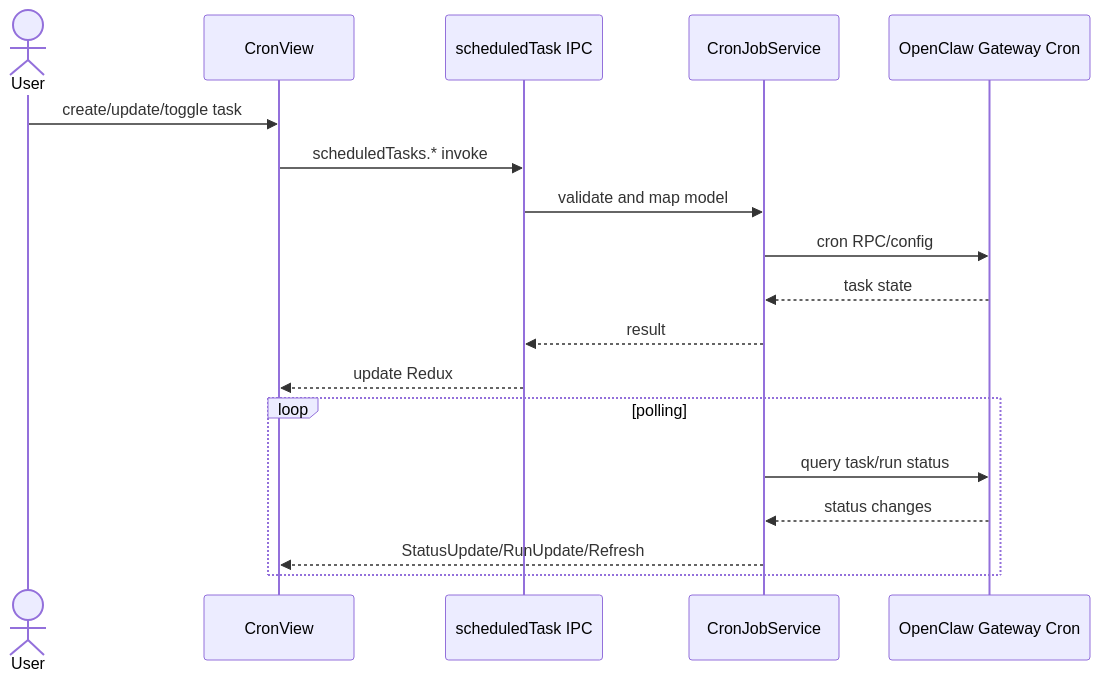
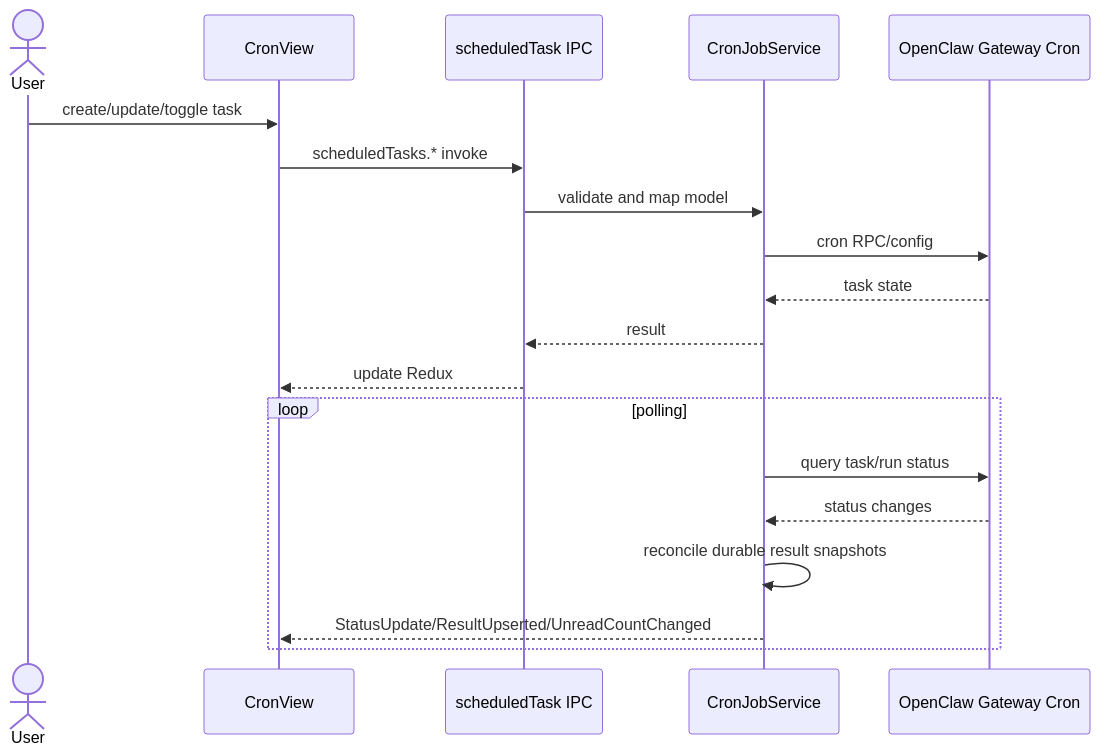
Before and after one commit to liangxhao/JustDo: the first of 3 diagrams in docs/architecture/08-scheduled-tasks.md, drawn with Mermaid. The commit also changed other lines of this file and 45 other files, not shown here.

````diff
--- a/docs/architecture/08-scheduled-tasks.md
+++ b/docs/architecture/08-scheduled-tasks.md
@@ -37,21 +46,22 @@
 ```mermaid
 sequenceDiagram
   actor User
   participant UI as CronView
   participant IPC as scheduledTask IPC
   participant Service as CronJobService
   participant GW as OpenClaw Gateway Cron
 
   User->>UI: create/update/toggle task
   UI->>IPC: scheduledTasks.* invoke
   IPC->>Service: validate and map model
   Service->>GW: cron RPC/config
   GW-->>Service: task state
   Service-->>IPC: result
   IPC-->>UI: update Redux
   loop polling
     Service->>GW: query task/run status
     GW-->>Service: status changes
-    Service-->>UI: StatusUpdate/RunUpdate/Refresh
+    Service->>Service: reconcile durable result snapshots
+    Service-->>UI: StatusUpdate/ResultUpserted/UnreadCountChanged
   end
 ```
````
